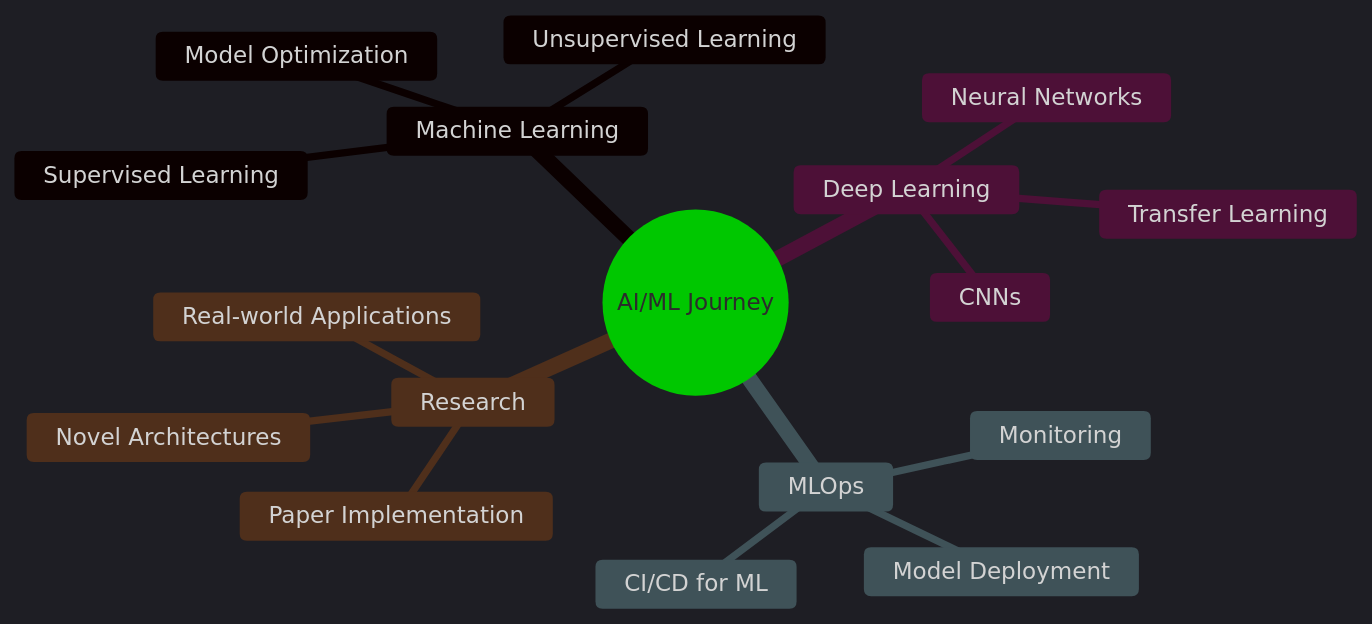
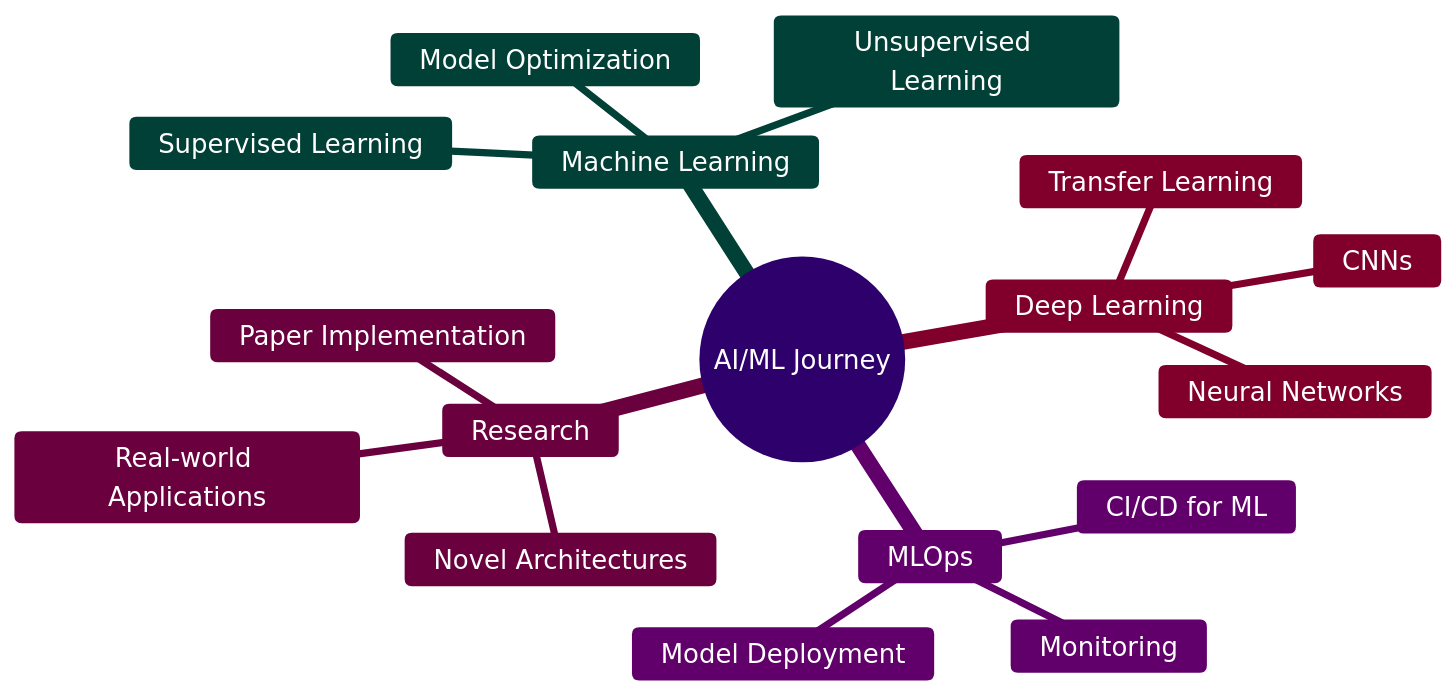
One commit to singhprakash2324/singhprakash2324 changed the diagram in README.md. Above: the diagram before and after it, drawn with Mermaid.

Commit message:
Update Mermaid theme settings in README

````diff
--- a/README.md
+++ b/README.md
@@ -134,21 +134,35 @@
 ```mermaid
-%%{init: {'theme':'dark', 'themeVariables': { 'primaryColor':'#1e9fff','primaryTextColor':'#fff','primaryBorderColor':'#7C0000','lineColor':'#F8B229','secondaryColor':'#006100','tertiaryColor':'#4a148c','backgroundColor':'#1a1a2e','textColor':'#fff','fontSize':'16px'}}}%%
+%%{init: {
+  'theme': 'base',
+  'themeVariables': {
+    'primaryColor': '#6200EA',
+    'primaryTextColor': '#ffffff',
+    'primaryBorderColor': '#ffffff',
+    'lineColor': '#00E5FF',
+    'secondaryColor': '#00BFA5',
+    'tertiaryColor': '#FF0055',
+    'backgroundColor': '#111111',
+    'textColor': '#ffffff',
+    'fontFamily': 'Verdana',
+    'fontSize': '18px'
+  }
+}}%%
 mindmap
   root((AI/ML Journey))
     Machine Learning
       Supervised Learning
       Unsupervised Learning
       Model Optimization
     Deep Learning
       Neural Networks
       CNNs
       Transfer Learning
     MLOps
       Model Deployment
       CI/CD for ML
       Monitoring
     Research
       Paper Implementation
       Novel Architectures
       Real-world Applications
 ```
````
